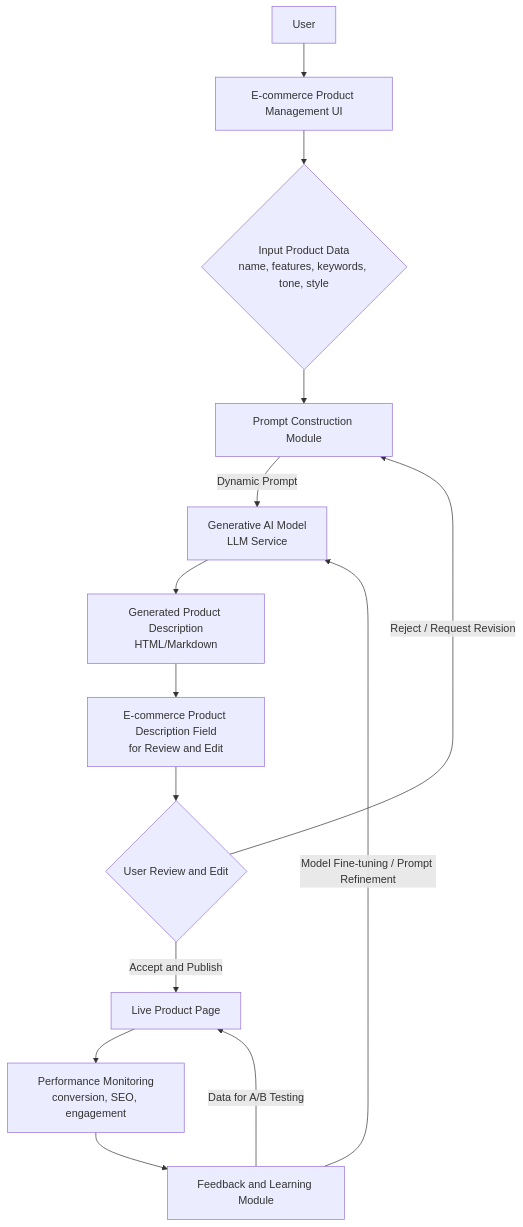
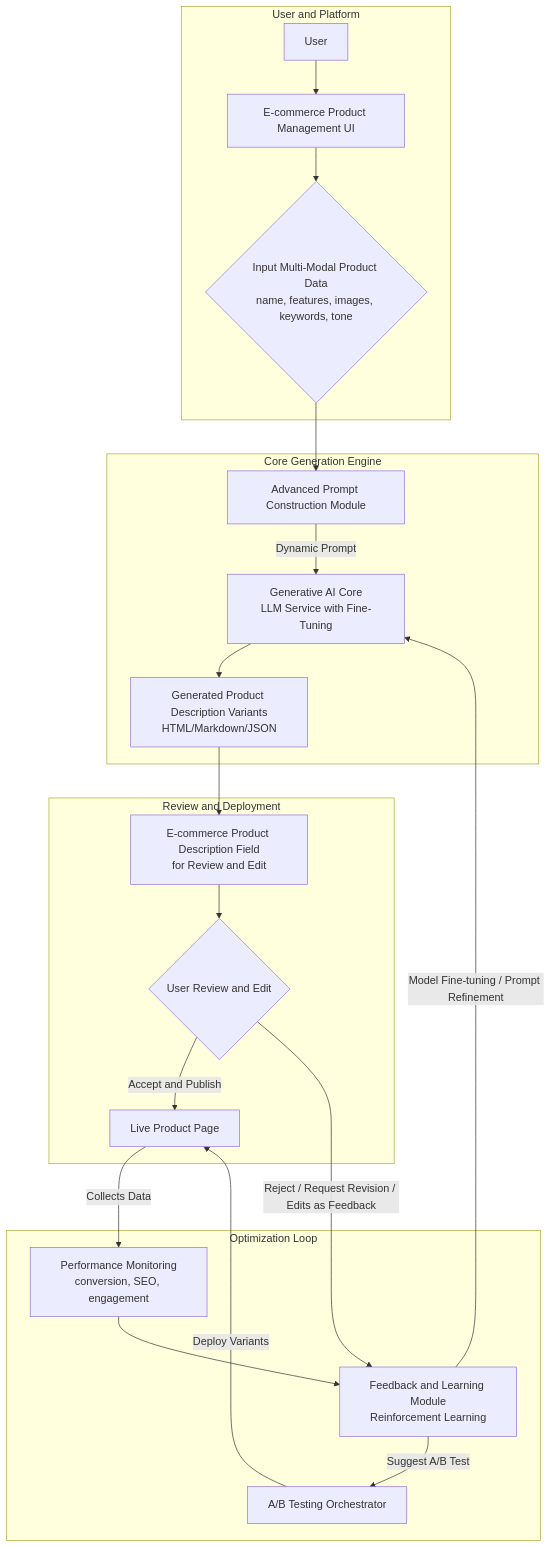
The first of 10 diagrams in inventions/064_generative_product_descriptions.md (diplomat-bit/Citibank_Demo_Business_Inc_Demonstration-), drawn with Mermaid before and after one commit. The commit also changed other lines of this file, not shown here.

Commit message:
[AI] Edit: inventions/064_generative_product_descriptions.md

````diff
--- a/inventions/064_generative_product_descriptions.md
+++ b/inventions/064_generative_product_descriptions.md
@@ -26,16 +27,25 @@
 ```mermaid
 graph TD
-    A[User] --> B[E-commerce Product Management UI]
-    B --> C{Input Product Data<br/>name, features, keywords, tone, style}
-    C --> D[Prompt Construction Module]
-    D -- "Dynamic Prompt" --> E[Generative AI Model<br/>LLM Service]
-    E --> F[Generated Product Description<br/>HTML/Markdown]
-    F --> G[E-commerce Product Description Field<br/>for Review and Edit]
-    G --> H{User Review and Edit}
-    H -- "Accept and Publish" --> I[Live Product Page]
-    I --> J[Performance Monitoring<br/>conversion, SEO, engagement]
-    J --> K[Feedback and Learning Module]
-    K -- "Model Fine-tuning / Prompt Refinement" --> E
-    H -- "Reject / Request Revision" --> D
-    K -- "Data for A/B Testing" --> I
+    subgraph User and Platform
+        A[User] --> B[E-commerce Product Management UI];
+        B --> C{Input Multi-Modal Product Data<br/>name, features, images, keywords, tone};
+    end
+    subgraph Core Generation Engine
+        C --> D[Advanced Prompt Construction Module];
+        D -- "Dynamic Prompt" --> E[Generative AI Core<br/>LLM Service with Fine-Tuning];
+        E --> F[Generated Product Description Variants<br/>HTML/Markdown/JSON];
+    end
+    subgraph Review and Deployment
+        F --> G[E-commerce Product Description Field<br/>for Review and Edit];
+        G --> H{User Review and Edit};
+        H -- "Accept and Publish" --> I[Live Product Page];
+    end
+    subgraph Optimization Loop
+        I -- "Collects Data" --> J[Performance Monitoring<br/>conversion, SEO, engagement];
+        J --> K[Feedback and Learning Module<br/>Reinforcement Learning];
+        K -- "Model Fine-tuning / Prompt Refinement" --> E;
+        H -- "Reject / Request Revision / Edits as Feedback" --> K;
+        K -- "Suggest A/B Test" --> L[A/B Testing Orchestrator];
+        L -- "Deploy Variants" --> I;
+    end
 ```
````
